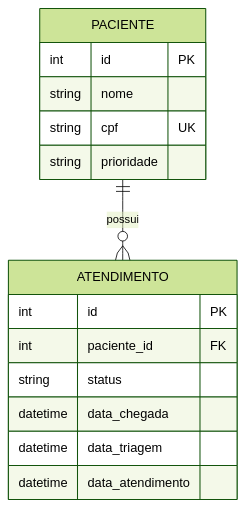
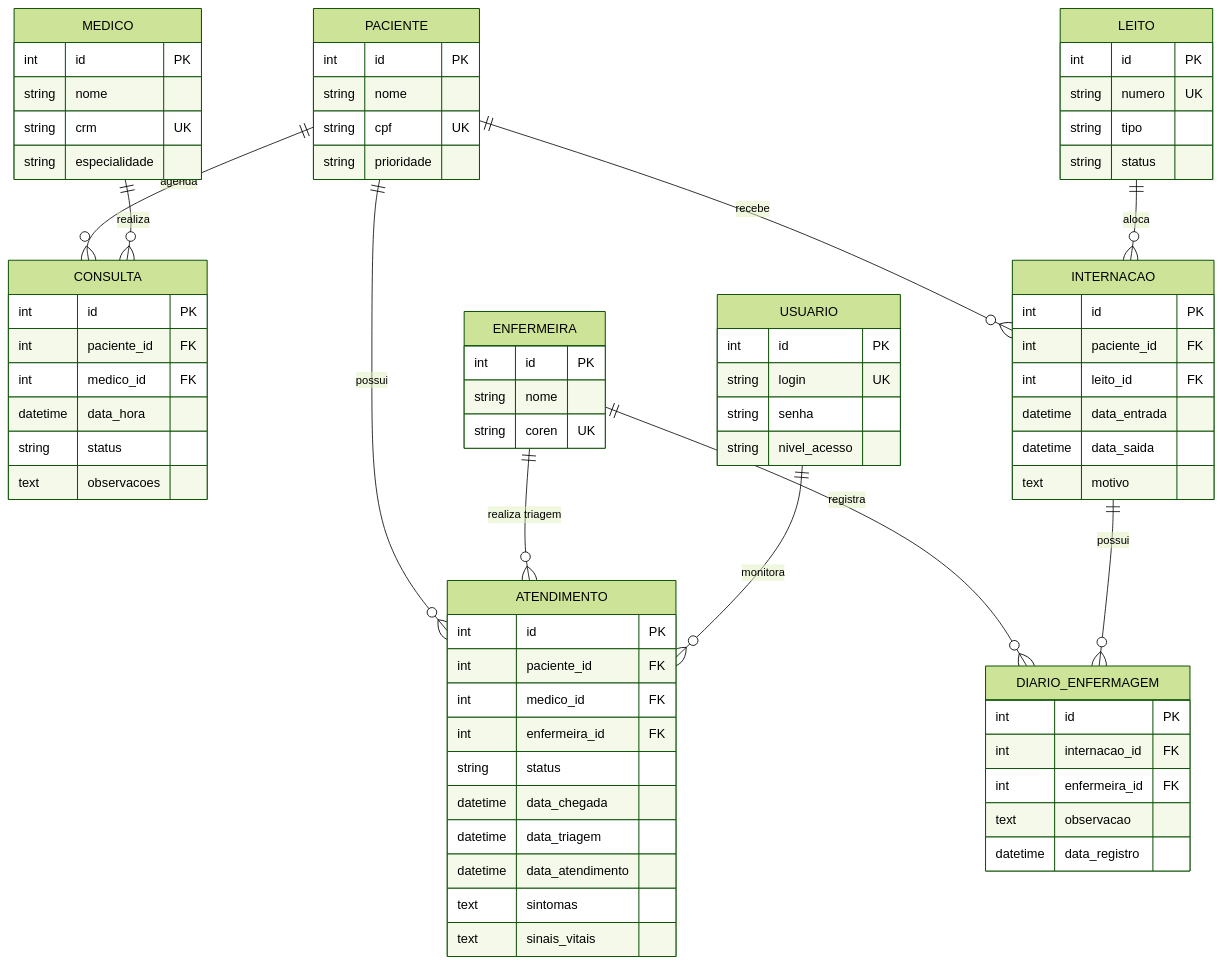
The diagram in README.md (plfrancisco/Hospital_Atendimento), drawn with Mermaid (forest theme) before and after one commit. The commit also changed other lines of this file and 37 other files, not shown here.

````diff
--- a/README.md
+++ b/README.md
@@ -25,6 +25,14 @@
 ```mermaid
 erDiagram
     PACIENTE ||--o{ ATENDIMENTO : "possui"
+    PACIENTE ||--o{ CONSULTA : "agenda"
+    MEDICO ||--o{ CONSULTA : "realiza"
+    PACIENTE ||--o{ INTERNACAO : "recebe"
+    LEITO ||--o{ INTERNACAO : "aloca"
+    ENFERMEIRA ||--o{ ATENDIMENTO : "realiza triagem"
+    ENFERMEIRA ||--o{ DIARIO_ENFERMAGEM : "registra"
+    INTERNACAO ||--o{ DIARIO_ENFERMAGEM : "possui"
+    USUARIO ||--o{ ATENDIMENTO : "monitora"
 
     PACIENTE {
         int id PK
@@ -36,9 +44,66 @@
     ATENDIMENTO {
         int id PK
         int paciente_id FK
+        int medico_id FK
+        int enfermeira_id FK
         string status
         datetime data_chegada
         datetime data_triagem
         datetime data_atendimento
+        text sintomas
+        text sinais_vitais
+    }
+
+    MEDICO {
+        int id PK
+        string nome
+        string crm UK
+        string especialidade
+    }
+
+    ENFERMEIRA {
+        int id PK
+        string nome
+        string coren UK
+    }
+
+    CONSULTA {
+        int id PK
+        int paciente_id FK
+        int medico_id FK
+        datetime data_hora
+        string status
+        text observacoes
+    }
+
+    LEITO {
+        int id PK
+        string numero UK
+        string tipo
+        string status
+    }
+
+    INTERNACAO {
+        int id PK
+        int paciente_id FK
+        int leito_id FK
+        datetime data_entrada
+        datetime data_saida
+        text motivo
+    }
+
+    DIARIO_ENFERMAGEM {
+        int id PK
+        int internacao_id FK
+        int enfermeira_id FK
+        text observacao
+        datetime data_registro
+    }
+
+    USUARIO {
+        int id PK
+        string login UK
+        string senha
+        string nivel_acesso
     }
 ```
````
